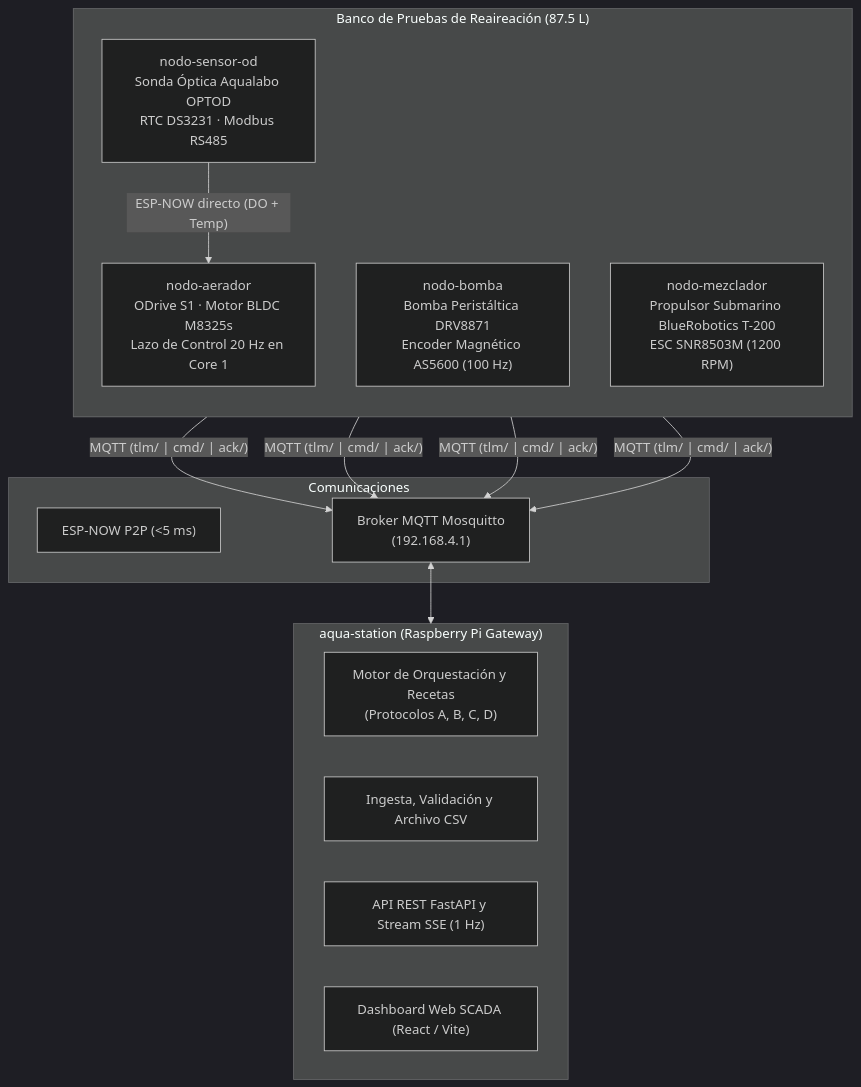
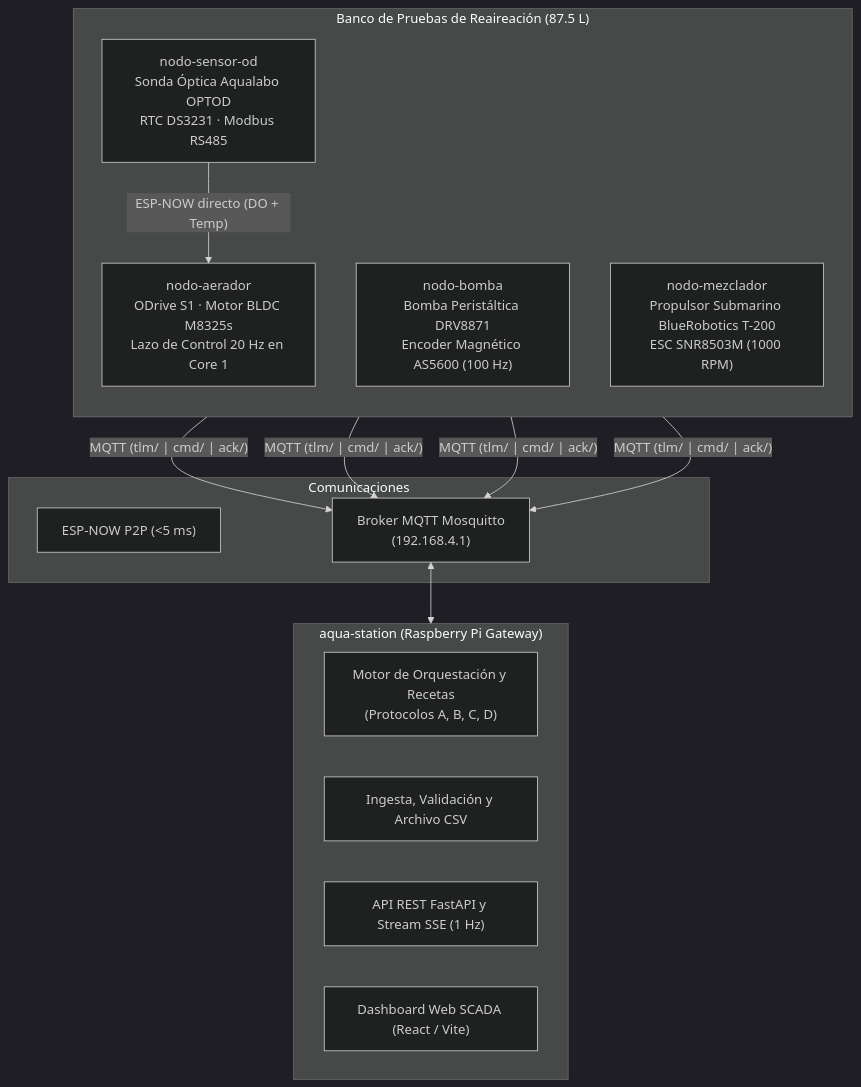
The diagram in README.md (YetAnotherUser24/aqua), drawn with Mermaid (dark theme) before and after one commit. The commit also changed 8 other files, not shown here.

Commit message:
fix(mixer): change default mixer speed from 1200 RPM to 1000 RPM (ESC limit)

````diff
--- a/README.md
+++ b/README.md
@@ -16,26 +16,26 @@
 ```mermaid
 flowchart TB
   subgraph LAB["Banco de Pruebas de Reaireación (87.5 L)"]
     direction TB
     SENS["nodo-sensor-od<br/>Sonda Óptica Aqualabo OPTOD<br/>RTC DS3231 · Modbus RS485"]
     AER["nodo-aerador<br/>ODrive S1 · Motor BLDC M8325s<br/>Lazo de Control 20 Hz en Core 1"]
     BOMB["nodo-bomba<br/>Bomba Peristáltica DRV8871<br/>Encoder Magnético AS5600 (100 Hz)"]
-    MIX["nodo-mezclador<br/>Propulsor Submarino BlueRobotics T-200<br/>ESC SNR8503M (1200 RPM)"]
+    MIX["nodo-mezclador<br/>Propulsor Submarino BlueRobotics T-200<br/>ESC SNR8503M (1000 RPM)"]
   end
 
   subgraph COMM["Comunicaciones"]
     NOW["ESP-NOW P2P (<5 ms)"]
     MQ["Broker MQTT Mosquitto<br/>(192.168.4.1)"]
   end
 
   subgraph STATION["aqua-station (Raspberry Pi Gateway)"]
     ORCH["Motor de Orquestación y Recetas<br/>(Protocolos A, B, C, D)"]
     ING["Ingesta, Validación y Archivo CSV"]
     API["API REST FastAPI y Stream SSE (1 Hz)"]
     UI["Dashboard Web SCADA (React / Vite)"]
   end
 
   SENS -->|"ESP-NOW directo (DO + Temp)"| AER
   SENS & AER & BOMB & MIX -->|"MQTT (tlm/ | cmd/ | ack/)"| MQ
   MQ <--> STATION
 ```
````
